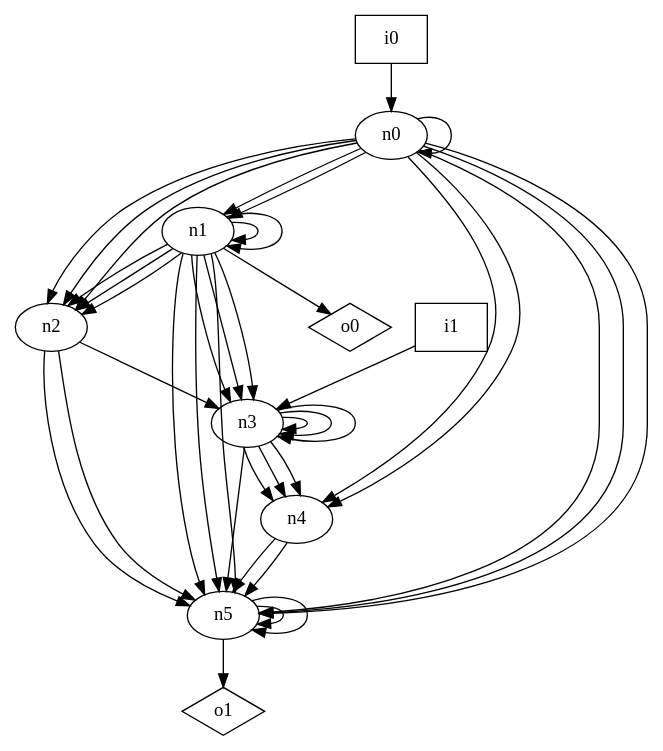
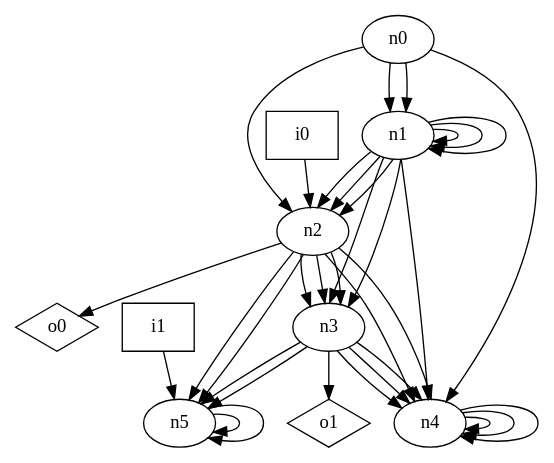
Before and after one commit to p9romain/bool-circuits: the diagram in dot_files/random_graph/DAG_graph.dot, drawn with Graphviz. The commit also changed 70 other files, not shown here.

```diff
--- a/dot_files/random_graph/DAG_graph.dot
+++ b/dot_files/random_graph/DAG_graph.dot
@@ -1,52 +1,46 @@
 digraph G {
 n0 [label="n0"];
 n1 [label="n1"];
 n2 [label="n2"];
 n3 [label="n3"];
 n4 [label="n4"];
 n5 [label="n5"];
 n6 [label="i0",shape="box"];
 n7 [label="i1",shape="box"];
 n8 [label="o0",shape="diamond"];
 n9 [label="o1",shape="diamond"];
-n0 -> n0
 n0 -> n1
 n0 -> n1
 n0 -> n2
-n0 -> n2
-n0 -> n2
 n0 -> n4
-n0 -> n4
-n0 -> n5
-n0 -> n5
-n0 -> n5
+n1 -> n1
 n1 -> n1
 n1 -> n1
 n1 -> n2
 n1 -> n2
 n1 -> n2
 n1 -> n3
 n1 -> n3
-n1 -> n3
-n1 -> n5
-n1 -> n5
-n1 -> n5
-n1 -> n8
+n1 -> n4
 n2 -> n3
+n2 -> n3
+n2 -> n3
+n2 -> n4
+n2 -> n4
 n2 -> n5
 n2 -> n5
-n3 -> n3
-n3 -> n3
-n3 -> n3
+n2 -> n8
 n3 -> n4
 n3 -> n4
 n3 -> n4
 n3 -> n5
-n4 -> n5
-n4 -> n5
+n3 -> n5
+n3 -> n9
+n4 -> n4
+n4 -> n4
+n4 -> n4
 n5 -> n5
 n5 -> n5
-n5 -> n9
-n6 -> n0
-n7 -> n3
+n6 -> n2
+n7 -> n5
 }
```
